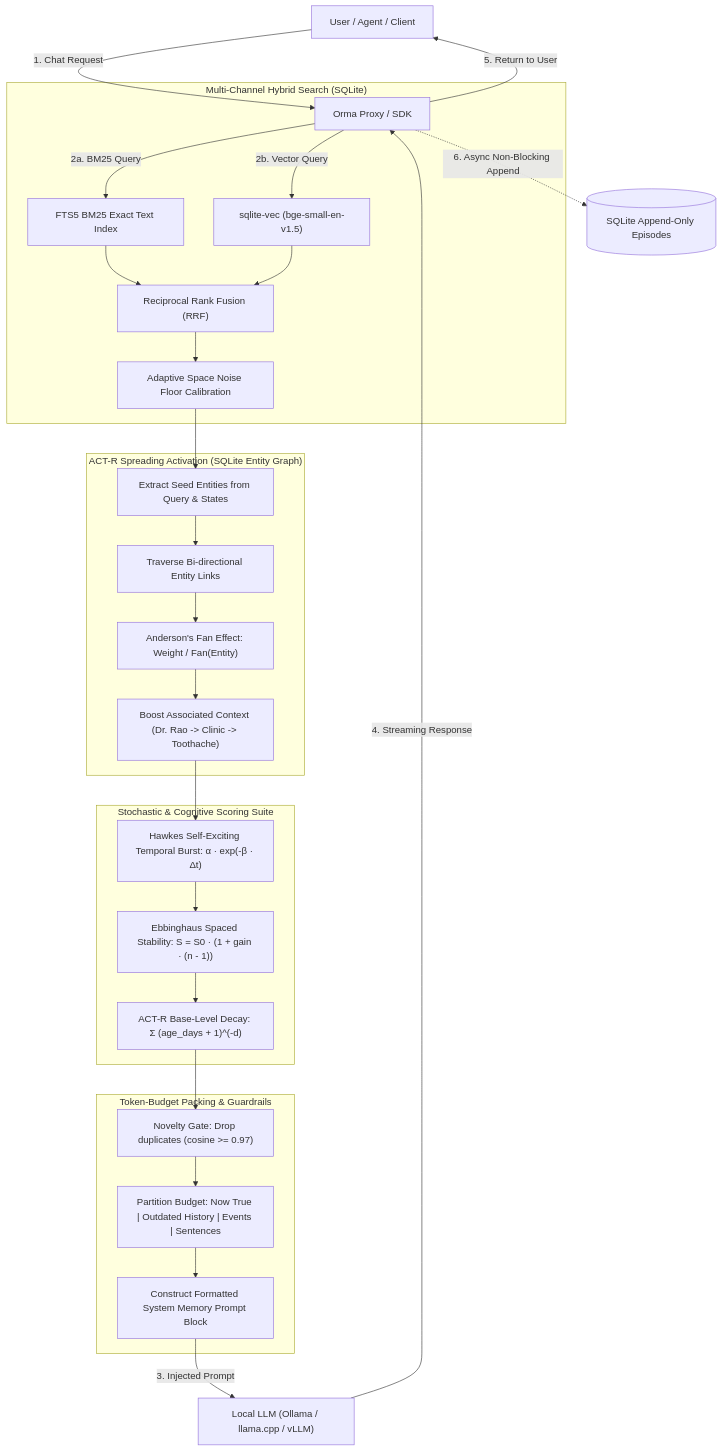
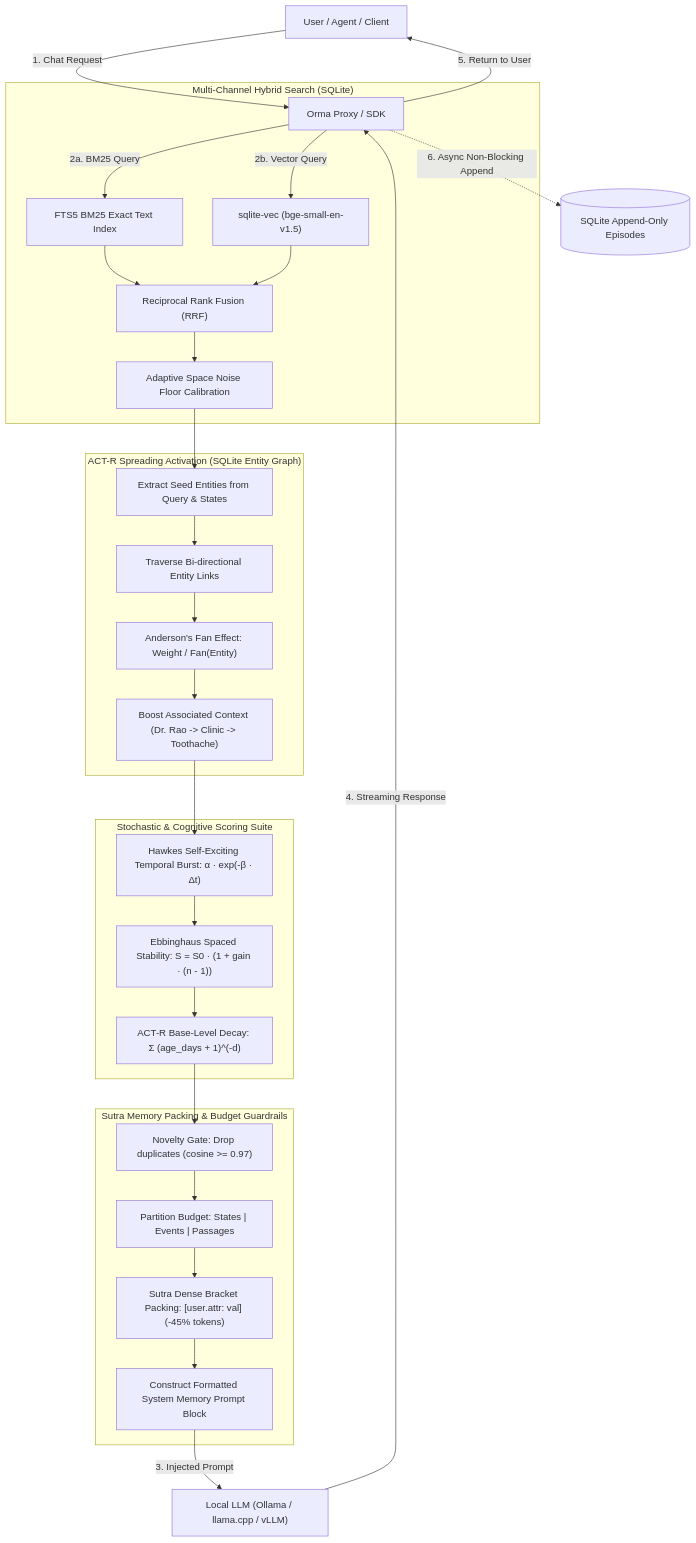
Before and after one commit to wizardwithcodehazard/orma: the first of 2 diagrams in README.md, drawn with Mermaid. The commit also changed other lines of this file and 8 other files, not shown here.

Commit message:
feat(recall): add sutra context encoding and schema-level condition extraction (v0.1.11)

````diff
--- a/README.md
+++ b/README.md
@@ -48,36 +48,37 @@
 ```mermaid
 flowchart TD
     User["User / Agent / Client"] -->|"1. Chat Request"| Proxy["Orma Proxy / SDK"]
     
     subgraph MultiSearch ["Multi-Channel Hybrid Search (SQLite)"]
         Proxy -->|"2a. BM25 Query"| FTS["FTS5 BM25 Exact Text Index"]
         Proxy -->|"2b. Vector Query"| Vec["sqlite-vec (bge-small-en-v1.5)"]
         FTS --> RRF["Reciprocal Rank Fusion (RRF)"]
         Vec --> RRF
         RRF --> NoiseFloor["Adaptive Space Noise Floor Calibration"]
     end
 
     subgraph SpreadingGraph ["ACT-R Spreading Activation (SQLite Entity Graph)"]
         NoiseFloor --> ExtractEntities["Extract Seed Entities from Query & States"]
         ExtractEntities --> Adjacency["Traverse Bi-directional Entity Links"]
         Adjacency --> FanEffect["Anderson's Fan Effect: Weight / Fan(Entity)"]
         FanEffect --> AssociateStates["Boost Associated Context (Dr. Rao -> Clinic -> Toothache)"]
     end
 
     subgraph CognitiveRanker ["Stochastic & Cognitive Scoring Suite"]
         AssociateStates --> Hawkes["Hawkes Self-Exciting Temporal Burst: α · exp(-β · Δt)"]
         Hawkes --> Ebbinghaus["Ebbinghaus Spaced Stability: S = S0 · (1 + gain · (n - 1))"]
         Ebbinghaus --> BaseLevel["ACT-R Base-Level Decay: Σ (age_days + 1)^(-d)"]
     end
 
-    subgraph BudgetPacker ["Token-Budget Packing & Guardrails"]
+    subgraph BudgetPacker ["Sutra Memory Packing & Budget Guardrails"]
         BaseLevel --> Novelty["Novelty Gate: Drop duplicates (cosine >= 0.97)"]
-        Novelty --> Partition["Partition Budget: Now True | Outdated History | Events | Sentences"]
-        Partition --> MemoryBlock["Construct Formatted System Memory Prompt Block"]
+        Novelty --> Partition["Partition Budget: States | Events | Passages"]
+        Partition --> SutraFormat["Sutra Dense Bracket Packing: [user.attr: val] (-45% tokens)"]
+        SutraFormat --> MemoryBlock["Construct Formatted System Memory Prompt Block"]
     end
 
     MemoryBlock -->|"3. Injected Prompt"| Upstream["Local LLM (Ollama / llama.cpp / vLLM)"]
     Upstream -->|"4. Streaming Response"| Proxy
     Proxy -->|"5. Return to User"| User
     Proxy -.->|"6. Async Non-Blocking Append"| EpisodicLog[("SQLite Append-Only Episodes")]
 ```
````
